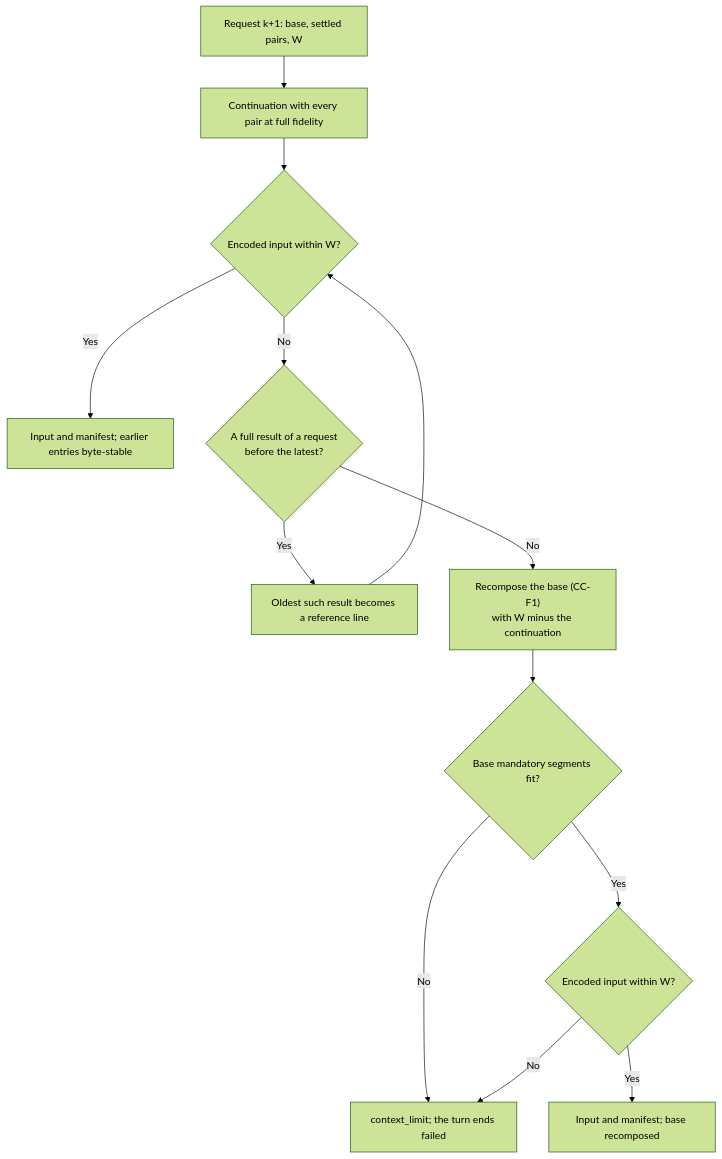
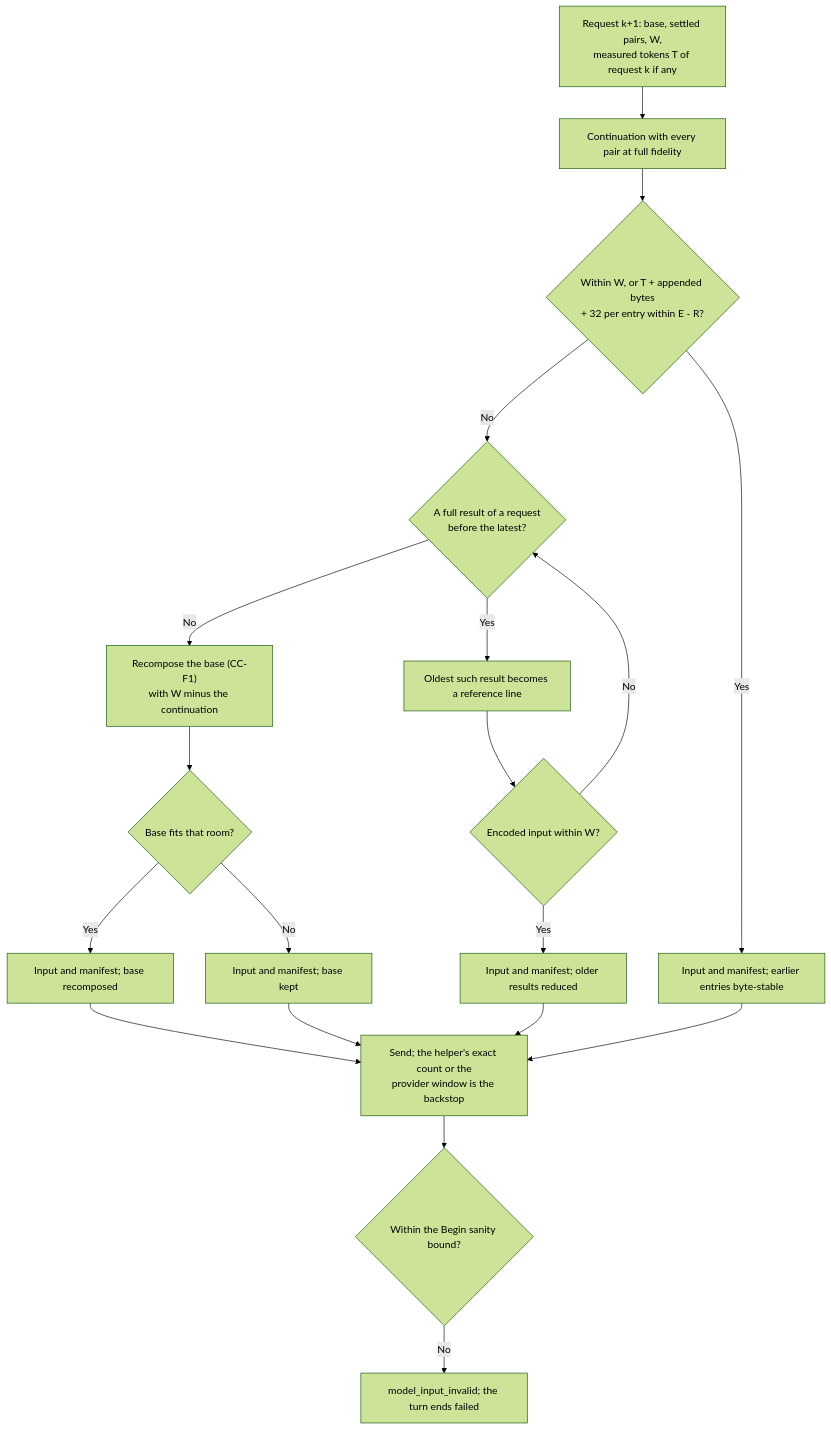
Before and after one commit to pidster/asura: diagram 12 of 15 in docs/designs/context-composer.md, drawn with Mermaid (forest theme). The commit also changed other lines of this file and 48 other files, not shown here.

````diff
--- a/docs/designs/context-composer.md
+++ b/docs/designs/context-composer.md
@@ -1668,14 +1684,20 @@
 ```mermaid
 flowchart TD
-    In["Request k+1: base, settled pairs, W"] --> Full["Continuation with every pair at full fidelity"]
-    Full --> Fit{"Encoded input within W?"}
+    In["Request k+1: base, settled pairs, W,<br/>measured tokens T of request k if any"] --> Full["Continuation with every pair at full fidelity"]
+    Full --> Fit{"Within W, or T + appended bytes<br/>+ 32 per entry within E - R?"}
     Fit -->|Yes| Stable["Input and manifest; earlier entries byte-stable"]
     Fit -->|No| Older{"A full result of a request<br/>before the latest?"}
-    Older -->|Yes| Ref["Oldest such result becomes a reference line"] --> Fit
+    Older -->|Yes| Ref["Oldest such result becomes a reference line"] --> Within{"Encoded input within W?"}
+    Within -->|Yes| Reduced["Input and manifest; older results reduced"]
+    Within -->|No| Older
     Older -->|No| Base["Recompose the base (CC-F1)<br/>with W minus the continuation"]
-    Base --> Mand{"Base mandatory segments fit?"}
-    Mand -->|No| Limit["context_limit; the turn ends failed"]
-    Mand -->|Yes| Enc{"Encoded input within W?"}
-    Enc -->|Yes| Recomposed["Input and manifest; base recomposed"]
-    Enc -->|No| Limit
+    Base --> Mand{"Base fits that room?"}
+    Mand -->|Yes| Recomposed["Input and manifest; base recomposed"]
+    Mand -->|No| Kept["Input and manifest; base kept"]
+    Recomposed --> Send["Send; the helper's exact count or the<br/>provider window is the backstop"]
+    Kept --> Send
+    Reduced --> Send
+    Stable --> Send
+    Send --> Sane{"Within the Begin sanity bound?"}
+    Sane -->|No| Invalid["model_input_invalid; the turn ends failed"]
 ```
````
